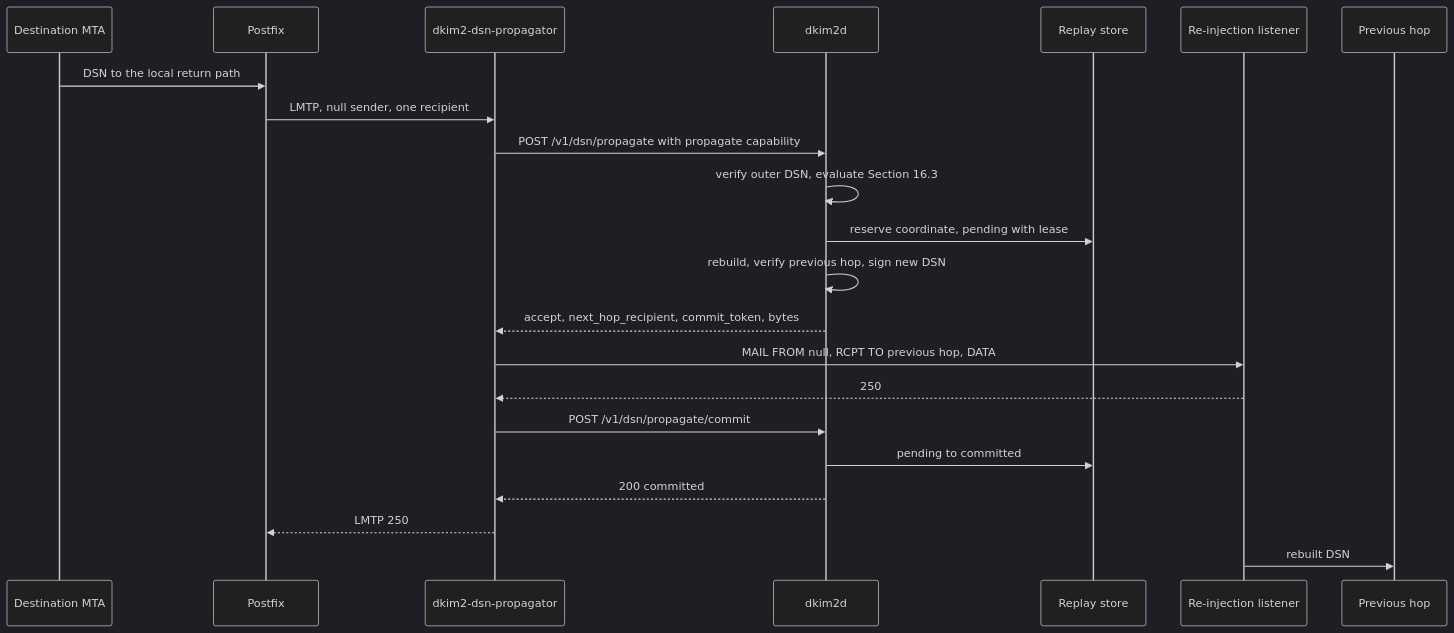
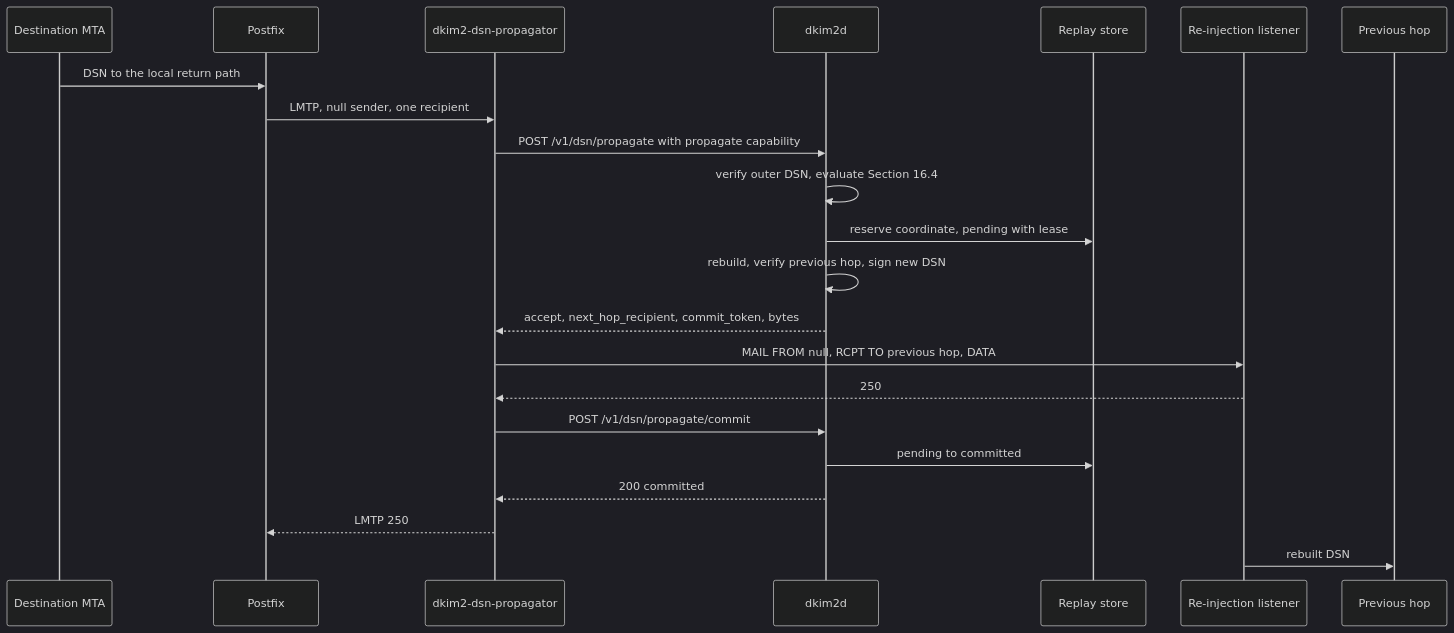
Before and after one commit to croessner/dkim2: the eighth of 10 diagrams in docs/operator/deployment-walkthrough.md, drawn with Mermaid (dark theme). The commit also changed other lines of this file and 378 other files, not shown here.

````diff
--- a/docs/operator/deployment-walkthrough.md
+++ b/docs/operator/deployment-walkthrough.md
@@ -519,24 +519,24 @@
 ```mermaid
 sequenceDiagram
     participant Dest as Destination MTA
     participant MTA as Postfix
     participant Prop as dkim2-dsn-propagator
     participant Daemon as dkim2d
     participant Replay as Replay store
     participant Listener as Re-injection listener
     participant Prev as Previous hop
     Dest->>MTA: DSN to the local return path
     MTA->>Prop: LMTP, null sender, one recipient
     Prop->>Daemon: POST /v1/dsn/propagate with propagate capability
-    Daemon->>Daemon: verify outer DSN, evaluate Section 16.3
+    Daemon->>Daemon: verify outer DSN, evaluate Section 16.4
     Daemon->>Replay: reserve coordinate, pending with lease
     Daemon->>Daemon: rebuild, verify previous hop, sign new DSN
     Daemon-->>Prop: accept, next_hop_recipient, commit_token, bytes
     Prop->>Listener: MAIL FROM null, RCPT TO previous hop, DATA
     Listener-->>Prop: 250
     Prop->>Daemon: POST /v1/dsn/propagate/commit
     Daemon->>Replay: pending to committed
     Daemon-->>Prop: 200 committed
     Prop-->>MTA: LMTP 250
     Listener->>Prev: rebuilt DSN
 ```
````
